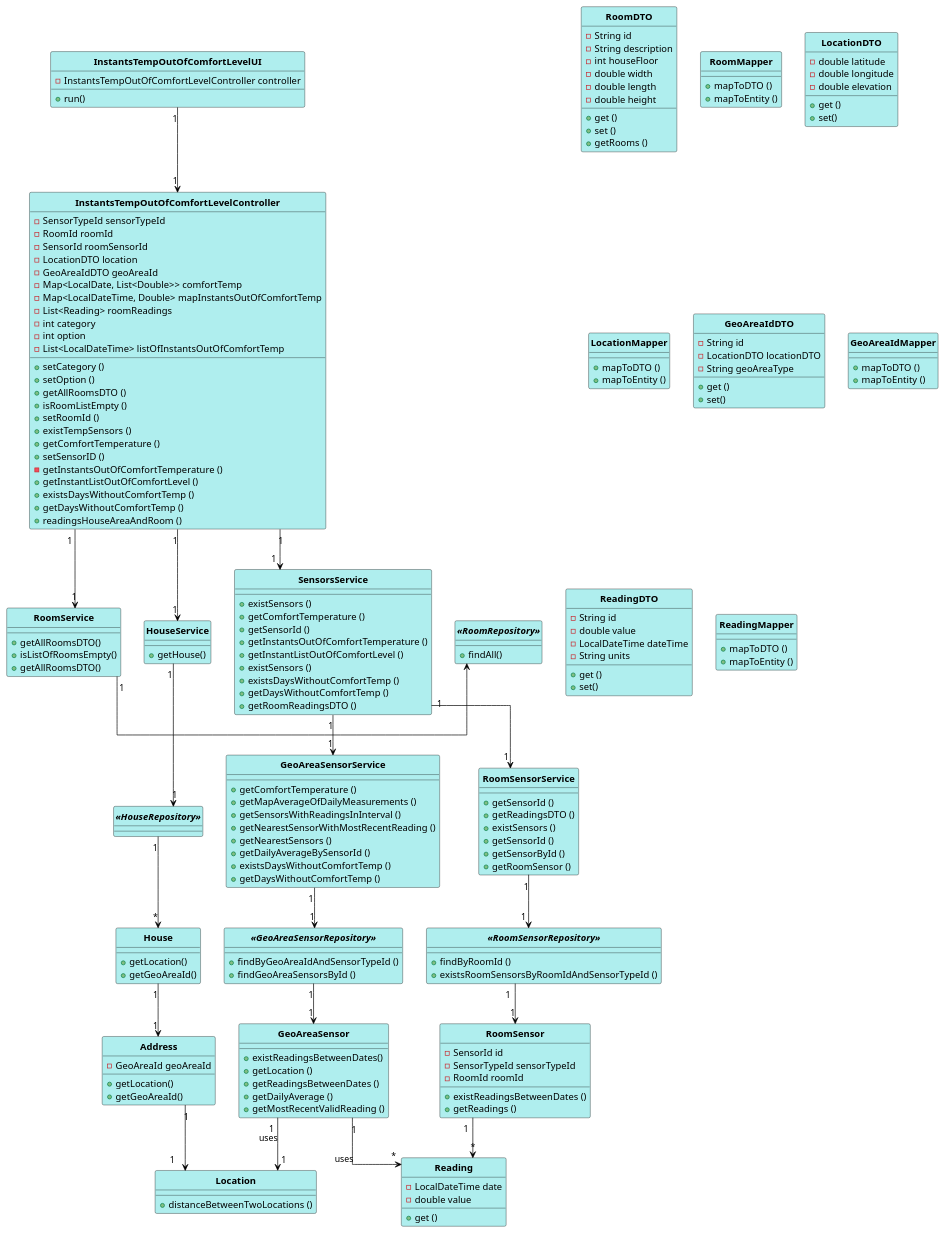
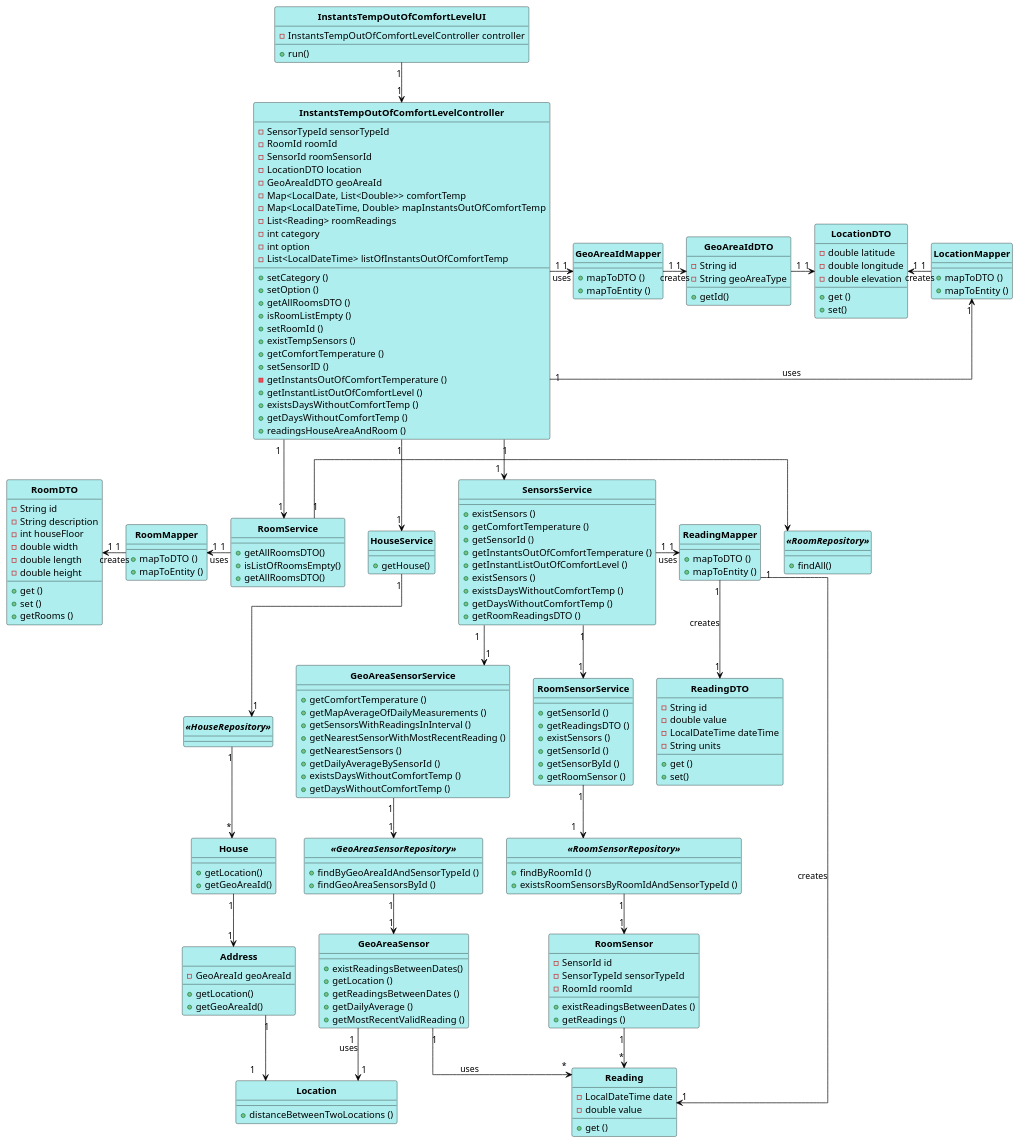
Before and after one commit to 1181687/hateoasToy: the diagram in src/main/java/pt/ipp/isep/dei/project/controllers/instantstempoutofcomfortlevelcontroller/CD_InstantsTempOutOfComfortLevel.puml, drawn with PlantUML.

Commit message:
Addresses #233 - Changes to the Class Diagram for US440 and 445.

```diff
--- a/src/main/java/pt/ipp/isep/dei/project/controllers/instantstempoutofcomfortlevelcontroller/CD_InstantsTempOutOfComfortLevel.puml
+++ b/src/main/java/pt/ipp/isep/dei/project/controllers/instantstempoutofcomfortlevelcontroller/CD_InstantsTempOutOfComfortLevel.puml
@@ -30,6 +30,17 @@
 RoomService "1" -> "<<RoomRepository>>"
 House "1" --> "1" Address
 Address "1" --> "1" Location
+SensorsService "1" -> "1" ReadingMapper: uses
+ReadingMapper "1" -> "1" Reading: creates
+ReadingMapper "1" --> "1" ReadingDTO: creates
+RoomService "1" -left-> "1" RoomMapper: uses
+RoomMapper "1" -left-> "1" RoomDTO: creates
+InstantsTempOutOfComfortLevelController "1" -right-> "1" LocationMapper: uses
+LocationMapper "1" -up> "1" LocationDTO: creates
+InstantsTempOutOfComfortLevelController "1" -right-> "1" GeoAreaIdMapper: uses
+GeoAreaIdMapper "1" -> "1" GeoAreaIdDTO: creates
+GeoAreaIdDTO "1" -> "1" LocationDTO
+
 
 
 Class InstantsTempOutOfComfortLevelUI {
@@ -164,19 +175,6 @@
 + mapToEntity ()
 }
 
-Class GeoAreaIdDTO {
-- String id
-- LocationDTO locationDTO
-- String geoAreaType
-+ get ()
-+ set()
-}
-
-Class GeoAreaIdMapper {
-+ mapToDTO ()
-+ mapToEntity ()
-}
-
 Class ReadingDTO {
 - String id
 - double value
@@ -184,6 +182,17 @@
 - String units
 + get ()
 + set()
+}
+
+Class GeoAreaIdDTO {
+- String id
+- String geoAreaType
++getId()
+}
+
+Class GeoAreaIdMapper {
++ mapToDTO ()
++ mapToEntity ()
 }
 
 Class ReadingMapper {
```
